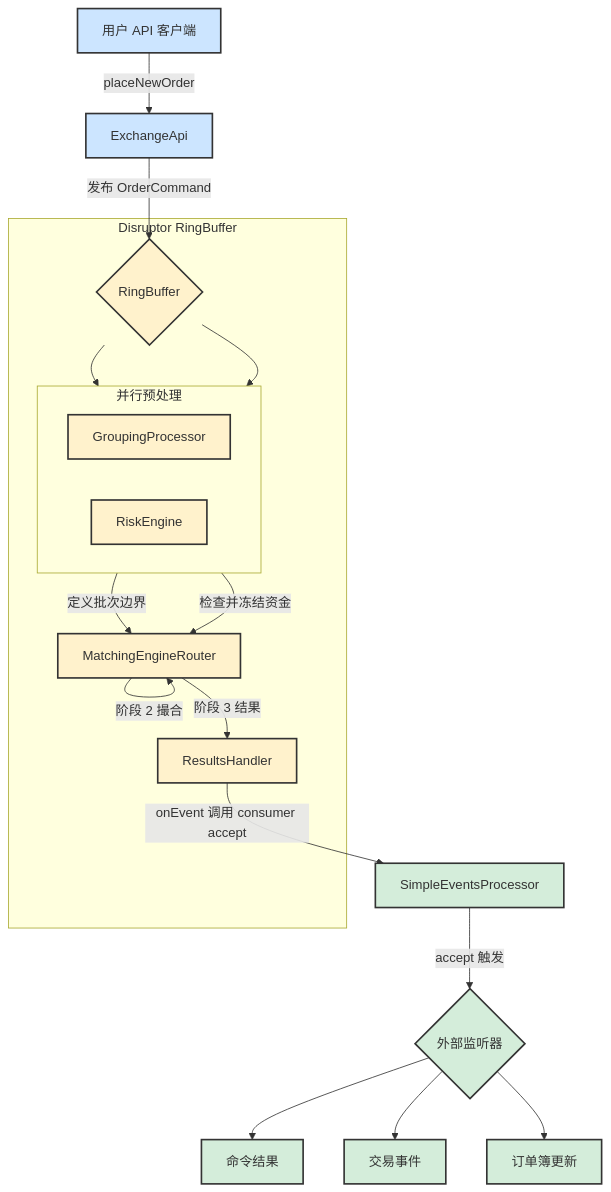
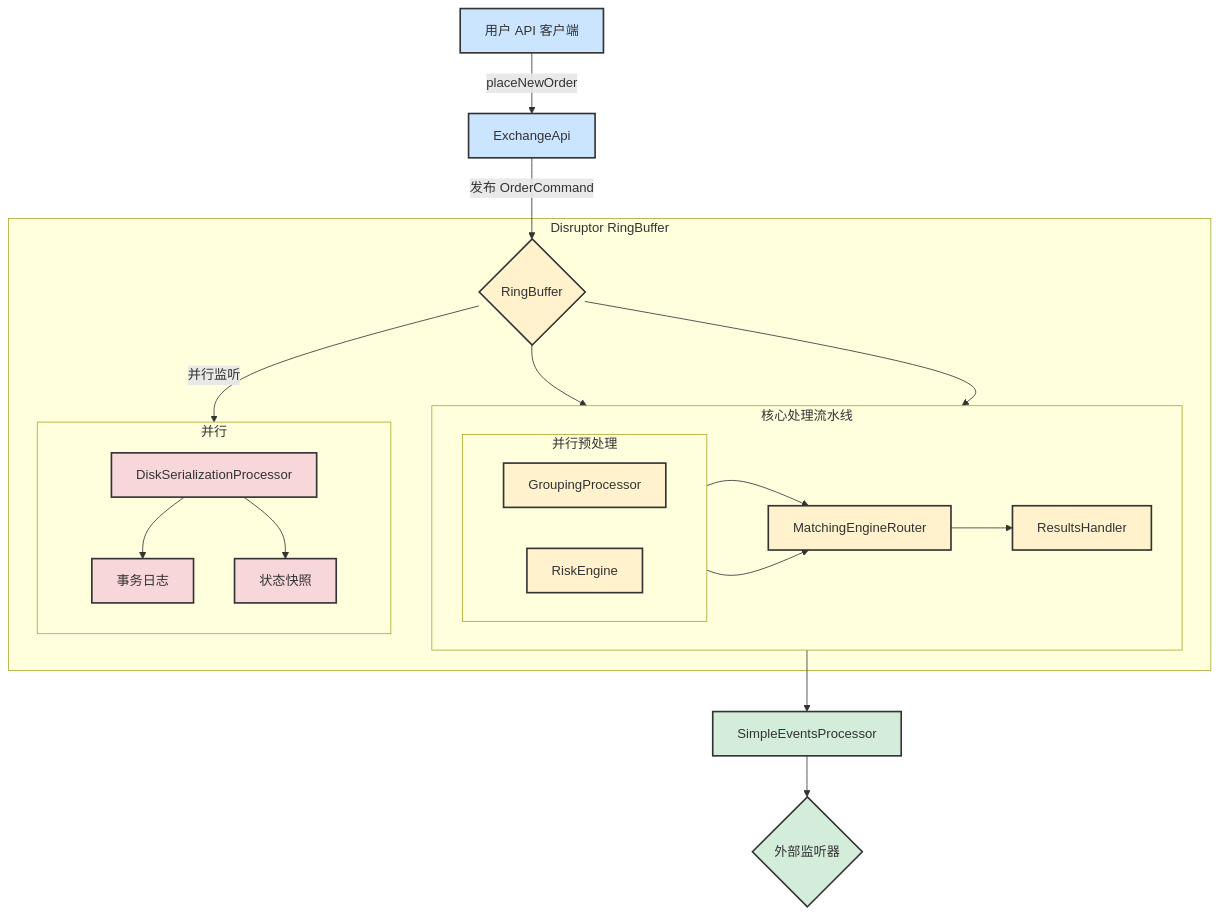
Before and after one commit to C18519898242/exchange-core: the diagram in doc/cn/ARCHITECTURE.cn.md, drawn with Mermaid. The commit also changed other lines of this file and 1 other file, not shown here.

Commit message:
docs: Add journaling and snapshotting to architecture diagrams

````diff
--- a/doc/cn/ARCHITECTURE.cn.md
+++ b/doc/cn/ARCHITECTURE.cn.md
@@ -9,59 +9,71 @@
 ```mermaid
 flowchart TD
     %% Client Nodes
     A[用户 API 客户端]
     B[ExchangeApi]
 
     %% Core Processing Subgraph
     subgraph 交易核心 [Disruptor RingBuffer]
         C{RingBuffer}
         
-        subgraph 阶段 1 [并行预处理]
+        subgraph 核心处理流水线
             direction LR
-            D[GroupingProcessor]
-            E[RiskEngine]
+            subgraph 阶段 1 [并行预处理]
+                direction LR
+                D[GroupingProcessor]
+                E[RiskEngine]
+            end
+
+            F[MatchingEngineRouter]
+            G[ResultsHandler]
         end
 
-        F[MatchingEngineRouter]
-        G[ResultsHandler]
+        subgraph 持久化与恢复 [并行]
+            direction TB
+            J[DiskSerializationProcessor]
+            J1["事务日志"]
+            J2["状态快照"]
+        end
     end
 
     %% Event Handling Nodes
     H[SimpleEventsProcessor]
     I{外部监听器}
-    I1[命令结果]
-    I2[交易事件]
-    I3[订单簿更新]
 
     %% Connections
     A -->|placeNewOrder| B;
     B -->|发布 OrderCommand| C;
+    
     C --> D;
     C --> E;
-    D -->|定义批次边界| F;
-    E -->|检查并冻结资金| F;
-    F -->|阶段 2 撮合| F;
-    F -->|阶段 3 结果| G;
-    G -->|onEvent 调用 consumer accept| H;
-    H -->|accept 触发| I;
-    I --> I1;
-    I --> I2;
-    I --> I3;
+    D --> F;
+    E --> F;
+    F --> G;
+    G --> H;
+    H --> I;
+
+    C -->|并行监听| J;
+    J --> J1;
+    J --> J2;
+
 
     %% Style Definitions
     classDef client fill:#cce5ff,stroke:#333,stroke-width:2px;
     classDef core fill:#fff2cc,stroke:#333,stroke-width:2px;
     classDef handling fill:#d4edda,stroke:#333,stroke-width:2px;
+    classDef persistence fill:#f8d7da,stroke:#333,stroke-width:2px;
 
     class A,B client;
     class C,D,E,F,G core;
-    class H,I,I1,I2,I3 handling;
+    class H,I handling;
+    class J,J1,J2 persistence;
 
     %% Clickable Links to Source Code
     click B "https://github.com/C18519898242/exchange-core/blob/master/src/main/java/exchange/core2/core/ExchangeApi.java" "Open ExchangeApi.java" _blank
     click D "https://github.com/C18519898242/exchange-core/blob/master/src/main/java/exchange/core2/core/processors/GroupingProcessor.java" "Open GroupingProcessor.java" _blank
     click E "https://github.com/C18519898242/exchange-core/blob/master/src/main/java/exchange/core2/core/processors/RiskEngine.java" "Open RiskEngine.java" _blank
     click F "https://github.com/C18519898242/exchange-core/blob/master/src/main/java/exchange/core2/core/processors/MatchingEngineRouter.java" "Open MatchingEngineRouter.java" _blank
     click G "https://github.com/C18519898242/exchange-core/blob/master/src/main/java/exchange/core2/core/processors/ResultsHandler.java" "Open ResultsHandler.java" _blank
     click H "https://github.com/C18519898242/exchange-core/blob/master/src/main/java/exchange/core2/core/SimpleEventsProcessor.java" "Open SimpleEventsProcessor.java" _blank
+    click J "https://github.com/C18519898242/exchange-core/blob/master/src/main/java/exchange/core2/core/processors/journaling/DiskSerializationProcessor.java" "Open DiskSerializationProcessor.java" _blank
 ```
````
